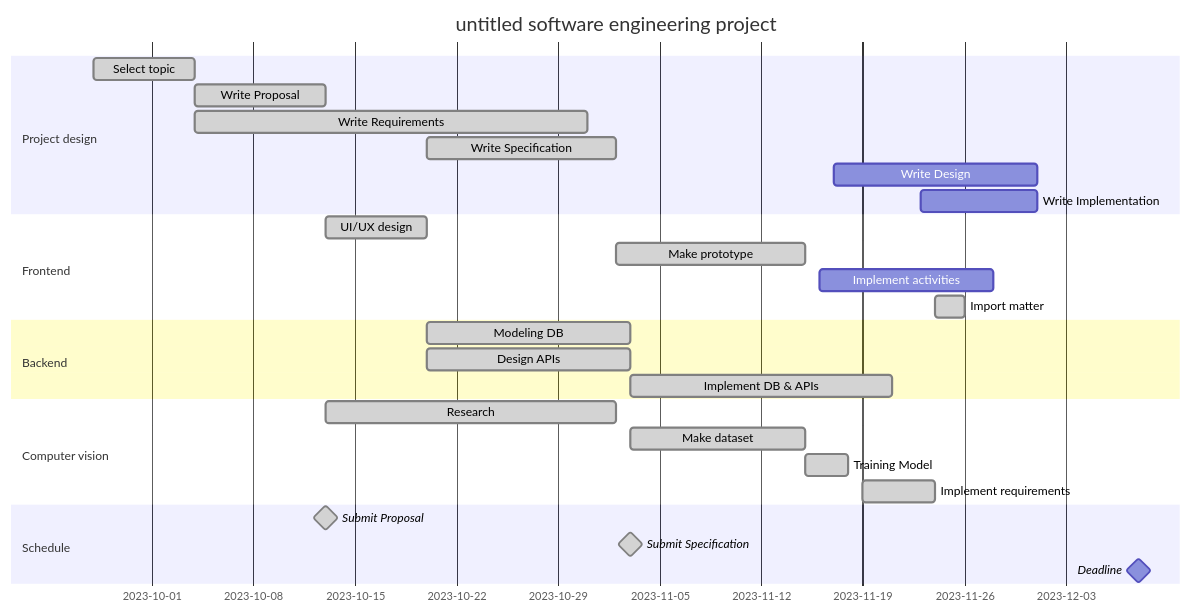
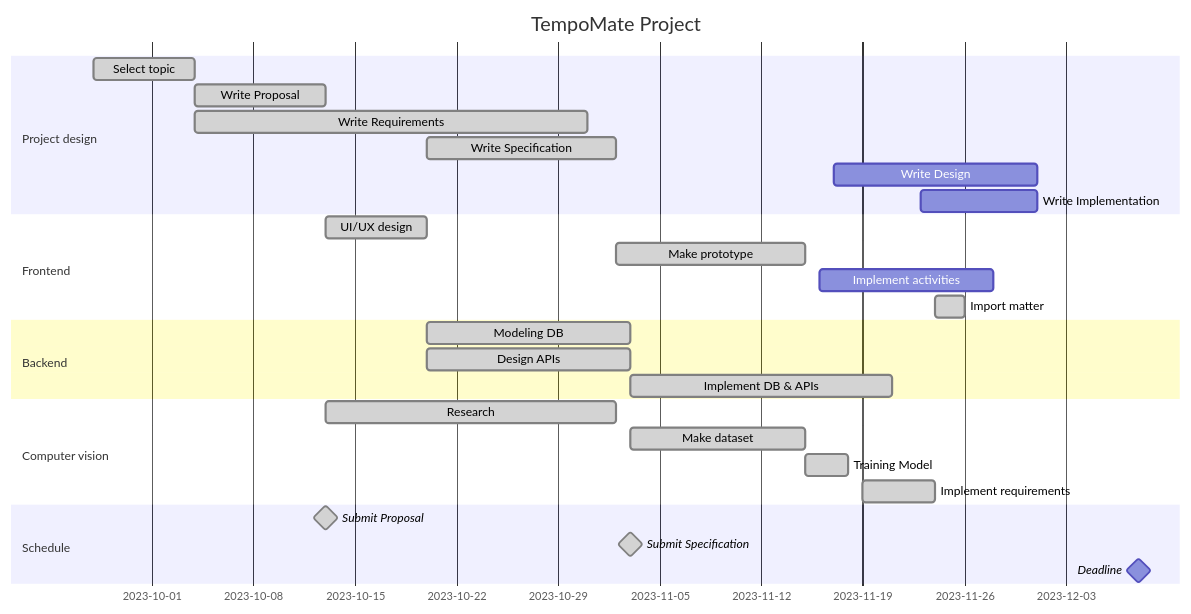
The diagram in profile/README.md (se-tmp/.github), drawn with Mermaid before and after one commit. The commit also changed other lines of this file, not shown here.

````diff
--- a/profile/README.md
+++ b/profile/README.md
@@ -7,35 +7,35 @@
 ```mermaid
 gantt
-    title untitled software engineering project
+    title TempoMate Project
     dateFormat  YYYY-MM-DD
 
     section Project design
         Select topic            :done,                2023-09-27, 2023-10-04
         Write Proposal          :done,                2023-10-04, 2023-10-13
         Write Requirements      :done,                2023-10-04, 2023-10-31
         Write Specification     :done,                2023-10-20, 2023-11-02
         Write Design            :                     2023-11-17, 2023-12-01
         Write Implementation    :                     2023-11-23, 2023-12-01
 
     section Frontend
         UI/UX design            :done,                2023-10-13, 2023-10-20
         Make prototype          :done,                2023-11-02, 2023-11-15
         Implement activities    :                     2023-11-16, 2023-11-28
         Import matter           :done,                2023-11-24, 2023-11-26
         
     section Backend
         Modeling DB             :done,                2023-10-20, 2023-11-03    
         Design APIs             :done,                2023-10-20, 2023-11-03
         Implement DB & APIs     :done,                2023-11-03, 2023-11-21
 
     section Computer vision
         Research                :done,                2023-10-13, 2023-11-02
         Make dataset            :done,                2023-11-03, 2023-11-15
         Training Model          :done,                2023-11-15, 2023-11-18
         Implement requirements  :done,                2023-11-19, 2023-11-24
 
     section Schedule
         Submit Proposal         :milestone, done,     2023-10-13, 2023-10-13
         Submit Specification    :milestone, done,     2023-11-03, 2023-11-03
         Deadline                :milestone,           2023-12-08, 2023-12-08
 ```
````
